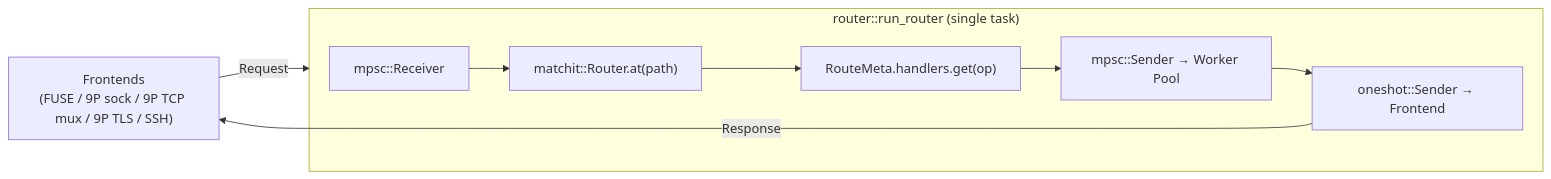
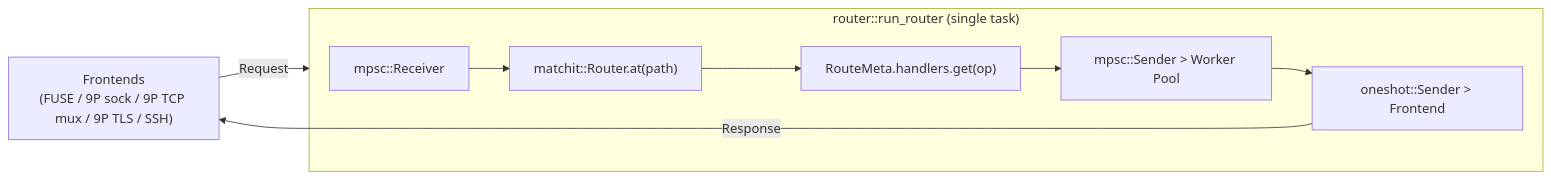
Before and after one commit to bubblegutz/pinhead: the second of 9 diagrams in docs/ARCHITECTURE.md, drawn with Mermaid. The commit also changed other lines of this file, not shown here.

````diff
--- a/docs/ARCHITECTURE.md
+++ b/docs/ARCHITECTURE.md
@@ -63,13 +63,13 @@
 ```mermaid
 flowchart LR
     FRONT["Frontends\n(FUSE / 9P sock / 9P TCP mux / 9P TLS / SSH)"] -->|Request| ROUTER
     
     subgraph ROUTER["router::run_router (single task)"]
         RX["mpsc::Receiver<Request>"] --> MATCH["matchit::Router.at(path)"]
         MATCH --> HLOOKUP["RouteMeta.handlers.get(op)"]
-        HLOOKUP --> HREQ["mpsc::Sender<HandlerRequest> → Worker Pool"]
-        HREQ --> ONESHOT["oneshot::Sender<Response> → Frontend"]
+        HLOOKUP --> HREQ["mpsc::Sender<HandlerRequest> > Worker Pool"]
+        HREQ --> ONESHOT["oneshot::Sender<Response> > Frontend"]
     end
 
     ONESHOT -->|Response| FRONT
 ```
````
